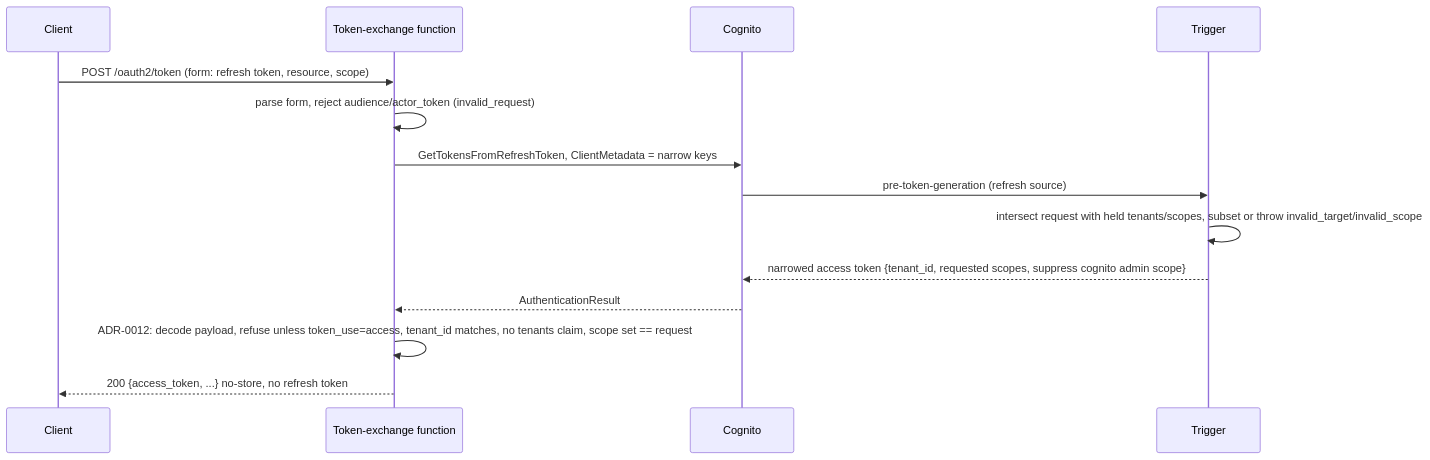
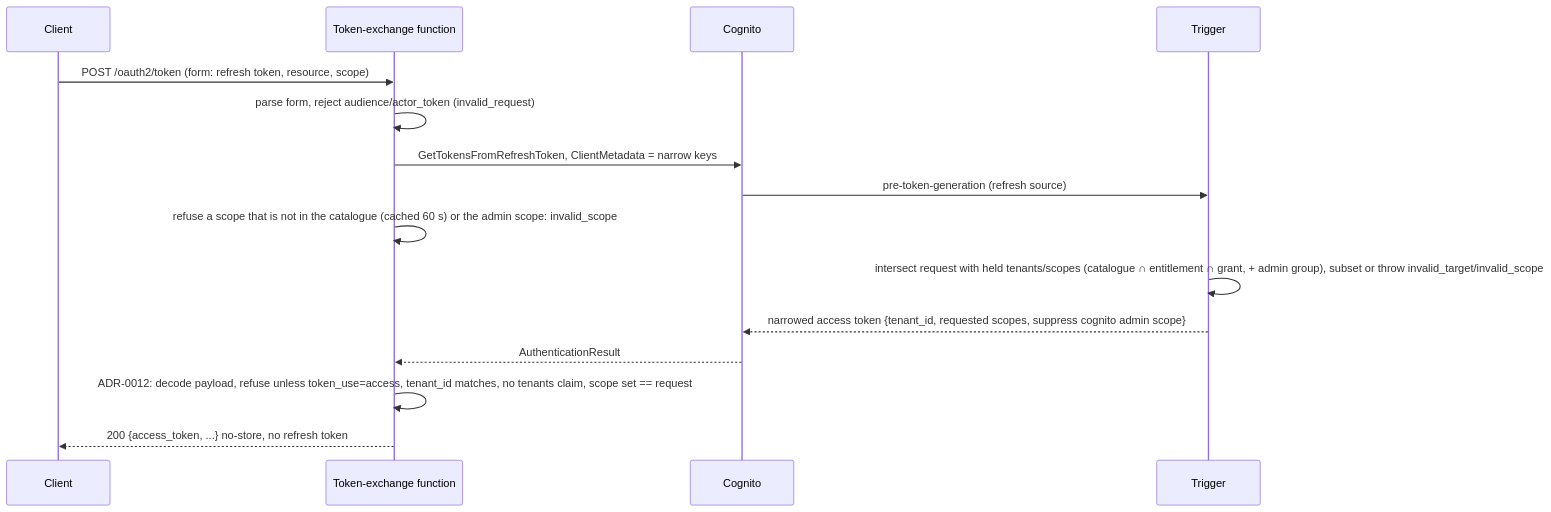
One commit to aws-samples/sample-agentic-ai-acceleration-patterns changed the third of 5 diagrams in samples/tenant-identity/architecture.md. Above: the diagram before and after it, drawn with Mermaid. The commit also changed other lines of this file and 5 other files, not shown here.

First line of the commit message:
tenant-identity: document the scope catalogue, entitlement and user grant

````diff
--- a/samples/tenant-identity/architecture.md
+++ b/samples/tenant-identity/architecture.md
@@ -390,16 +425,17 @@
 ```mermaid
 sequenceDiagram
     participant X as Client
     participant E as Token-exchange function
     participant C as Cognito
     participant T as Trigger
     X->>E: POST /oauth2/token (form: refresh token, resource, scope)
     E->>E: parse form, reject audience/actor_token (invalid_request)
     E->>C: GetTokensFromRefreshToken, ClientMetadata = narrow keys
     C->>T: pre-token-generation (refresh source)
-    T->>T: intersect request with held tenants/scopes, subset or throw invalid_target/invalid_scope
+    E->>E: refuse a scope that is not in the catalogue (cached 60 s) or the admin scope: invalid_scope
+    T->>T: intersect request with held tenants/scopes (catalogue ∩ entitlement ∩ grant, + admin group), subset or throw invalid_target/invalid_scope
     T-->>C: narrowed access token {tenant_id, requested scopes, suppress cognito admin scope}
     C-->>E: AuthenticationResult
     E->>E: ADR-0012: decode payload, refuse unless token_use=access, tenant_id matches, no tenants claim, scope set == request
     E-->>X: 200 {access_token, ...} no-store, no refresh token
 ```
````
